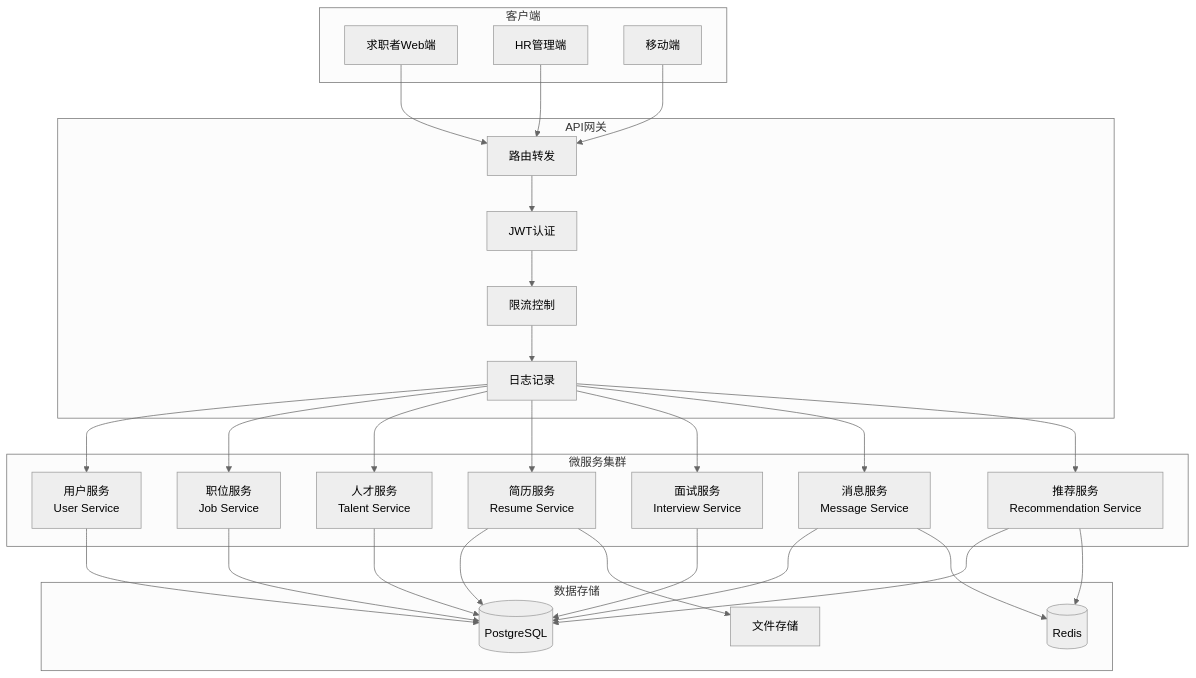
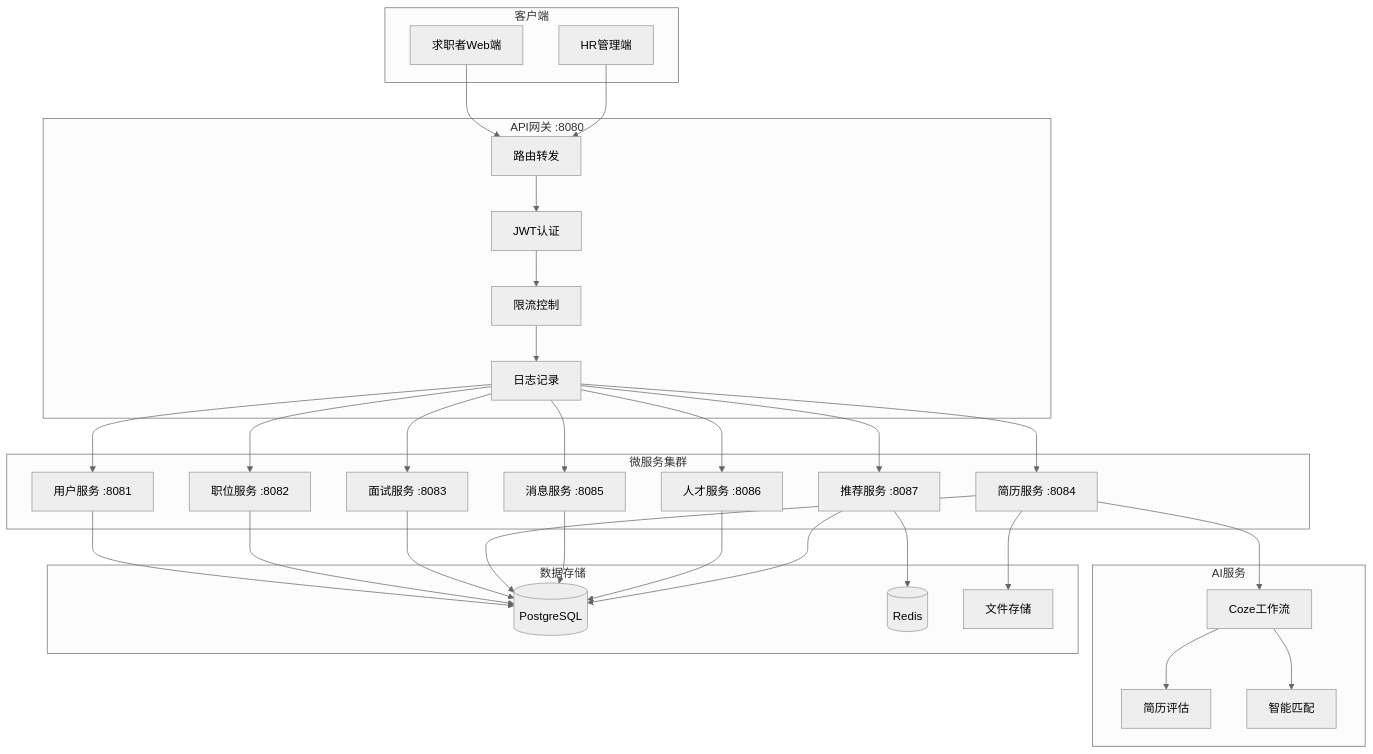
Before and after one commit to Qying2213/GraduationProjectQY: the first of 7 diagrams in docs/ARCHITECTURE.md, drawn with Mermaid (neutral theme). The commit also changed other lines of this file and 118 other files, not shown here.

````diff
--- a/docs/ARCHITECTURE.md
+++ b/docs/ARCHITECTURE.md
@@ -55,58 +86,65 @@
 ```mermaid
 graph TB
     subgraph Client["客户端"]
         A1[求职者Web端]
         A2[HR管理端]
-        A3[移动端]
     end
 
-    subgraph Gateway["API网关"]
+    subgraph Gateway["API网关 :8080"]
         B1[路由转发]
         B2[JWT认证]
         B3[限流控制]
         B4[日志记录]
     end
 
     subgraph Services["微服务集群"]
-        C1[用户服务<br/>User Service]
-        C2[职位服务<br/>Job Service]
-        C3[人才服务<br/>Talent Service]
-        C4[简历服务<br/>Resume Service]
-        C5[面试服务<br/>Interview Service]
-        C6[消息服务<br/>Message Service]
-        C7[推荐服务<br/>Recommendation Service]
+        C1[用户服务 :8081]
+        C2[职位服务 :8082]
+        C3[面试服务 :8083]
+        C4[简历服务 :8084]
+        C5[消息服务 :8085]
+        C6[人才服务 :8086]
+        C7[推荐服务 :8087]
+    end
+
+    subgraph AI["AI服务"]
+        E1[Coze工作流]
+        E2[简历评估]
+        E3[智能匹配]
     end
 
     subgraph Data["数据存储"]
         D1[(PostgreSQL)]
         D2[(Redis)]
         D3[文件存储]
     end
 
     A1 --> B1
     A2 --> B1
-    A3 --> B1
     
     B1 --> B2
     B2 --> B3
     B3 --> B4
     
     B4 --> C1
     B4 --> C2
     B4 --> C3
     B4 --> C4
     B4 --> C5
     B4 --> C6
     B4 --> C7
     
+    C4 --> E1
+    E1 --> E2
+    E1 --> E3
+    
     C1 --> D1
     C2 --> D1
     C3 --> D1
     C4 --> D1
     C4 --> D3
     C5 --> D1
     C6 --> D1
-    C6 --> D2
     C7 --> D1
     C7 --> D2
 ```
````
